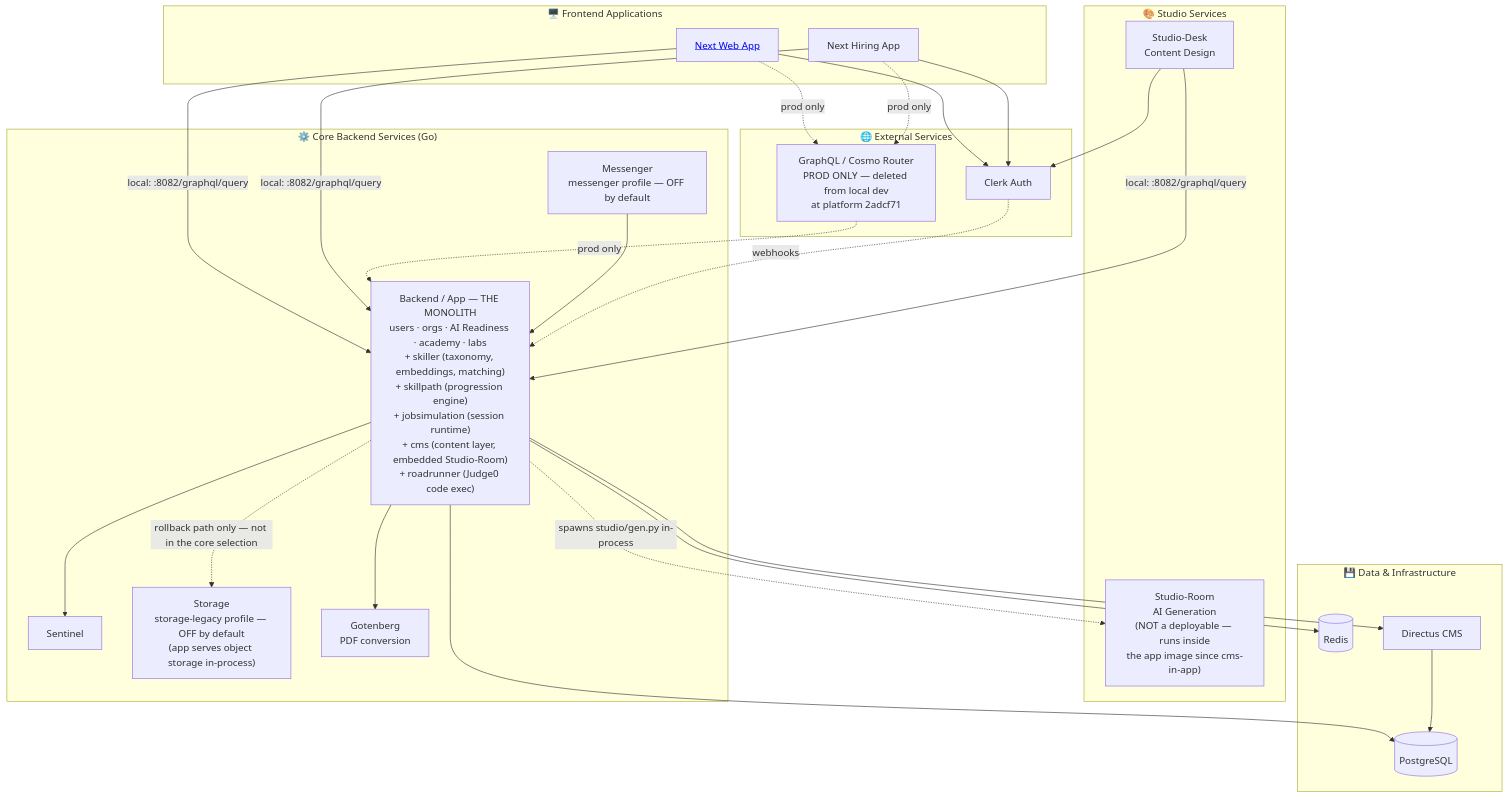
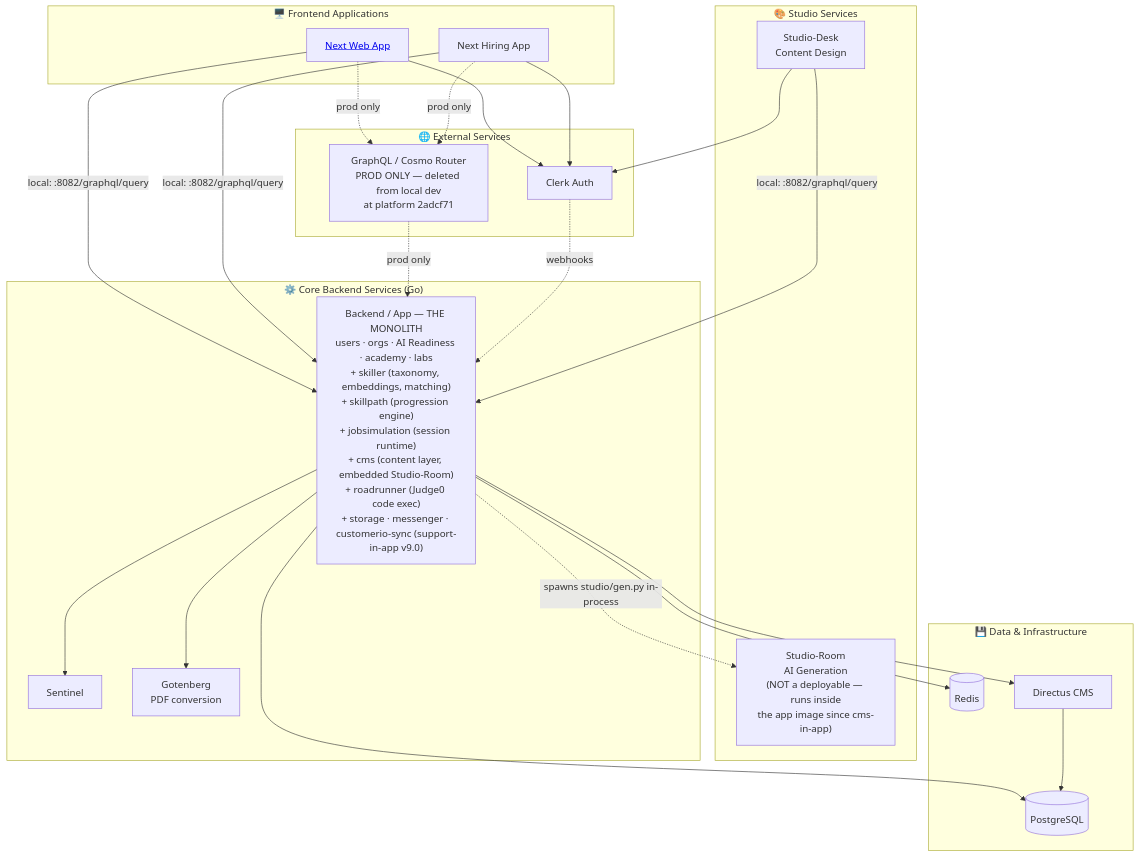
The diagram in corpus/architecture/architecture_overview.md (anthropos-work/rosetta), drawn with Mermaid before and after one commit. The commit also changed other lines of this file and 47 other files, not shown here.

````diff
--- a/corpus/architecture/architecture_overview.md
+++ b/corpus/architecture/architecture_overview.md
@@ -79,64 +85,63 @@
 ```mermaid
 graph TD
     subgraph External["🌐 External Services"]
         Clerk[Clerk Auth]
         GraphQL["GraphQL / Cosmo Router<br/>PROD ONLY — deleted from local dev<br/>at platform 2adcf71"]
     end
     
     subgraph Frontend["🖥️ Frontend Applications"]
         Web[<a href='./frontend_architecture.md'>Next Web App</a>]
         Hiring[Next Hiring App]
     end
     
     subgraph Studio["🎨 Studio Services"]
         Desk[Studio-Desk<br/>Content Design]
         Room["Studio-Room<br/>AI Generation<br/>(NOT a deployable — runs inside<br/>the app image since cms-in-app)"]
     end
 
     subgraph Core["⚙️ Core Backend Services (Go)"]
-        Gateway["Backend / App — THE MONOLITH<br/>users · orgs · AI Readiness · academy · labs<br/>+ skiller (taxonomy, embeddings, matching)<br/>+ skillpath (progression engine)<br/>+ jobsimulation (session runtime)<br/>+ cms (content layer, embedded Studio-Room)<br/>+ roadrunner (Judge0 code exec)"]
+        Gateway["Backend / App — THE MONOLITH<br/>users · orgs · AI Readiness · academy · labs<br/>+ skiller (taxonomy, embeddings, matching)<br/>+ skillpath (progression engine)<br/>+ jobsimulation (session runtime)<br/>+ cms (content layer, embedded Studio-Room)<br/>+ roadrunner (Judge0 code exec)<br/>+ storage · messenger · customerio-sync (support-in-app v9.0)"]
         Sentinel[Sentinel]
-        Storage["Storage<br/>storage-legacy profile — OFF by default<br/>(app serves object storage in-process)"]
-        Messenger[Messenger<br/>messenger profile — OFF by default]
         Gotenberg[Gotenberg<br/>PDF conversion]
+        %% Storage and Messenger had nodes here until 838d907 (merged 0c91421, 2026-08-05)
+        %% deleted the storage, messenger and customerio-sync compose services and their
+        %% storage-legacy / messenger / customerio-sync profiles. They are domains in Gateway now.
     end
 
     subgraph Data["💾 Data & Infrastructure"]
         Postgres[(PostgreSQL)]
         Redis[(Redis)]
         Directus[Directus CMS]
     end
     
     %% Frontend connections
     Web --> Clerk
     Hiring --> Clerk
     Web -.->|prod only| GraphQL
     Hiring -.->|prod only| GraphQL
     Web -->|local: :8082/graphql/query| Gateway
     Hiring -->|local: :8082/graphql/query| Gateway
     
     %% Studio connections
     Desk --> Clerk
     Desk -->|local: :8082/graphql/query| Gateway
     Gateway -.->|spawns studio/gen.py in-process| Room
     
     %% Router aggregation — PROD ONLY. ONE subgraph: backend. 915da06 deleted the cms AND jobsimulation
     %% entries in one commit (a 3 → 1 step) — the jobsimulation subgraph outlived jobsim-in-app.
     %% Locally there is no router at all: the frontends and studio-desk hit Gateway directly (edges above).
     GraphQL -.->|prod only| Gateway
 
     %% Core service dependencies
     Gateway --> Sentinel
     Gateway --> Gotenberg
-    Gateway -.->|rollback path only — not in the core selection| Storage
     Gateway --> Directus
-    Messenger --> Gateway
 
     %% Data connections
     Gateway --> Postgres
     Gateway --> Redis
     Directus --> Postgres
     
     %% Clerk integration
     Clerk -.->|webhooks| Gateway
 ```
````
